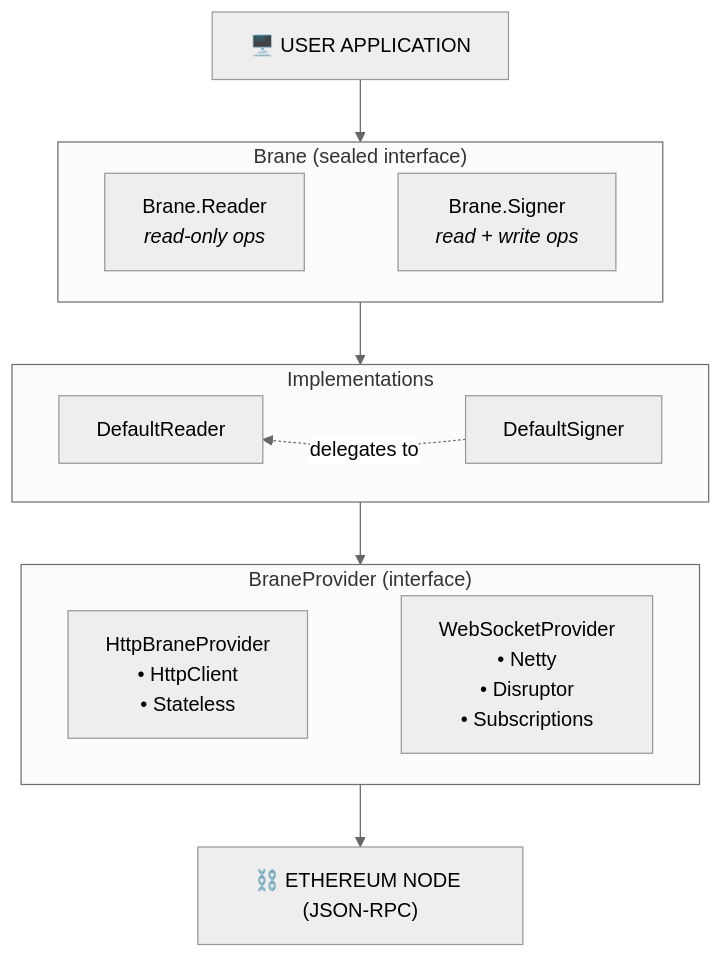
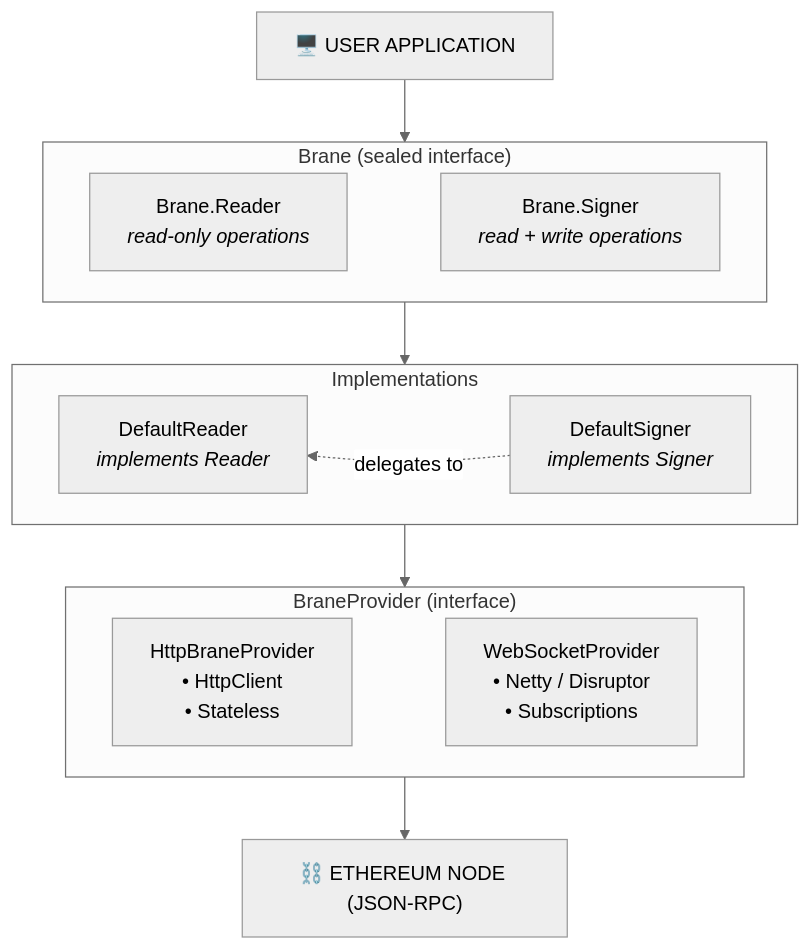
Before and after one commit to noise-xyz/brane: the diagram in docs/architecture.mdx, drawn with Mermaid (neutral theme).

Commit message:
docs: balance subgraph widths by adding descriptions to implementation nodes

````diff
--- a/docs/architecture.mdx
+++ b/docs/architecture.mdx
@@ -10,28 +10,28 @@
 ```mermaid
 %%{init: {'flowchart': {'nodeSpacing': 30, 'rankSpacing': 50}}}%%
 flowchart TD
     APP["🖥️ USER APPLICATION"]
 
     subgraph BRANE["Brane (sealed interface)"]
         direction LR
-        READER["Brane.Reader<br/><i>read-only ops</i>"] ~~~ SIGNER["Brane.Signer<br/><i>read + write ops</i>"]
+        READER["Brane.Reader<br/><i>read-only operations</i>"] ~~~ SIGNER["Brane.Signer<br/><i>read + write operations</i>"]
     end
 
     subgraph IMPLS["Implementations"]
         direction LR
-        DEFAULT_READER["DefaultReader"] ~~~ DEFAULT_SIGNER["DefaultSigner"]
+        DEFAULT_READER["DefaultReader<br/><i>implements Reader</i>"] ~~~ DEFAULT_SIGNER["DefaultSigner<br/><i>implements Signer</i>"]
     end
 
     subgraph PROVIDER["BraneProvider (interface)"]
         direction LR
-        HTTP["HttpBraneProvider<br/>• HttpClient<br/>• Stateless"] ~~~ WS["WebSocketProvider<br/>• Netty<br/>• Disruptor<br/>• Subscriptions"]
+        HTTP["HttpBraneProvider<br/>• HttpClient<br/>• Stateless"] ~~~ WS["WebSocketProvider<br/>• Netty / Disruptor<br/>• Subscriptions"]
     end
 
     NODE["⛓️ ETHEREUM NODE (JSON-RPC)"]
 
     APP --> BRANE
     BRANE --> IMPLS
     DEFAULT_SIGNER -.->|delegates to| DEFAULT_READER
     IMPLS --> PROVIDER
     PROVIDER --> NODE
 ```
````
